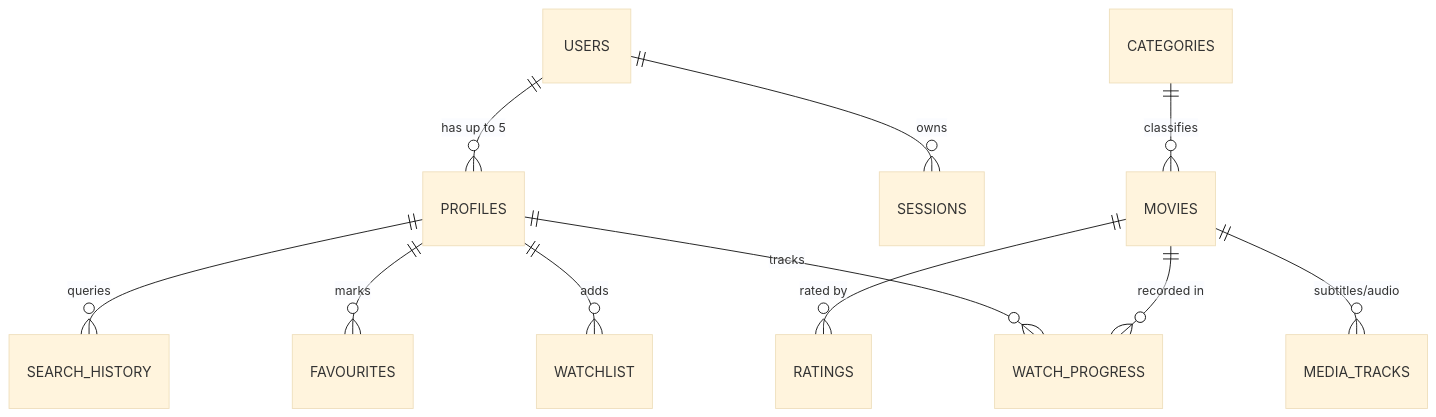
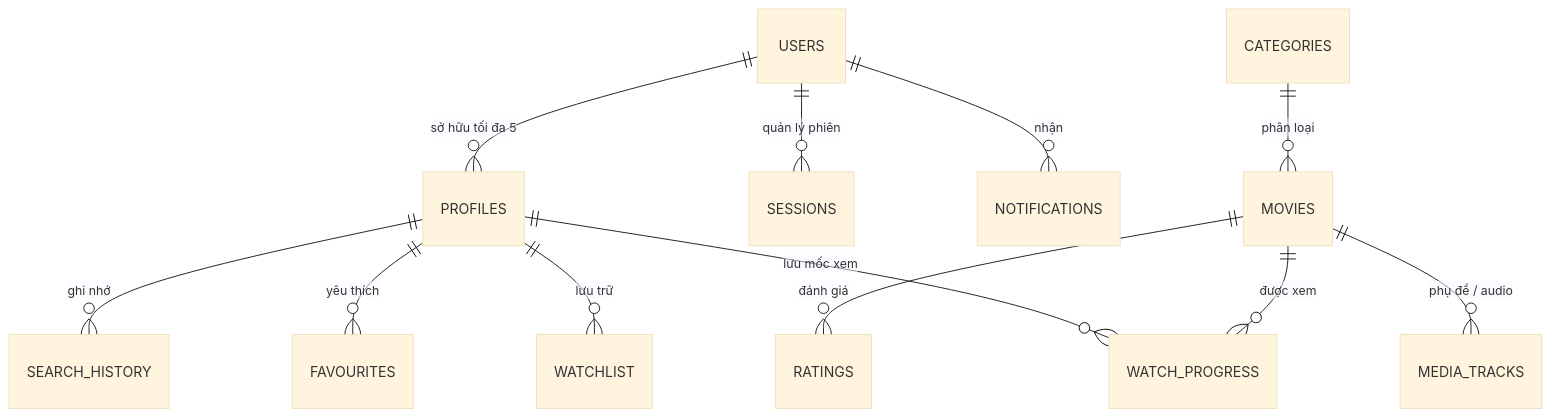
The diagram in README.md (thach09/cinevora), drawn with Mermaid (base theme) before and after one commit. The commit also changed other lines of this file, not shown here.

Commit message:
docs: update README.md with live production release at cinevora.store and full architecture overview

````diff
--- a/README.md
+++ b/README.md
@@ -175,13 +235,14 @@
 ```mermaid
 erDiagram
-    USERS ||--o{ PROFILES : "has up to 5"
-    USERS ||--o{ SESSIONS : "owns"
-    PROFILES ||--o{ WATCH_PROGRESS : "tracks"
-    PROFILES ||--o{ WATCHLIST : "adds"
-    PROFILES ||--o{ FAVOURITES : "marks"
-    PROFILES ||--o{ SEARCH_HISTORY : "queries"
-    CATEGORIES ||--o{ MOVIES : "classifies"
-    MOVIES ||--o{ WATCH_PROGRESS : "recorded in"
-    MOVIES ||--o{ MEDIA_TRACKS : "subtitles/audio"
-    MOVIES ||--o{ RATINGS : "rated by"
+    USERS ||--o{ PROFILES : "sở hữu tối đa 5"
+    USERS ||--o{ SESSIONS : "quản lý phiên"
+    USERS ||--o{ NOTIFICATIONS : "nhận"
+    PROFILES ||--o{ WATCH_PROGRESS : "lưu mốc xem"
+    PROFILES ||--o{ WATCHLIST : "lưu trữ"
+    PROFILES ||--o{ FAVOURITES : "yêu thích"
+    PROFILES ||--o{ SEARCH_HISTORY : "ghi nhớ"
+    CATEGORIES ||--o{ MOVIES : "phân loại"
+    MOVIES ||--o{ WATCH_PROGRESS : "được xem"
+    MOVIES ||--o{ MEDIA_TRACKS : "phụ đề / audio"
+    MOVIES ||--o{ RATINGS : "đánh giá"
 ```
````
